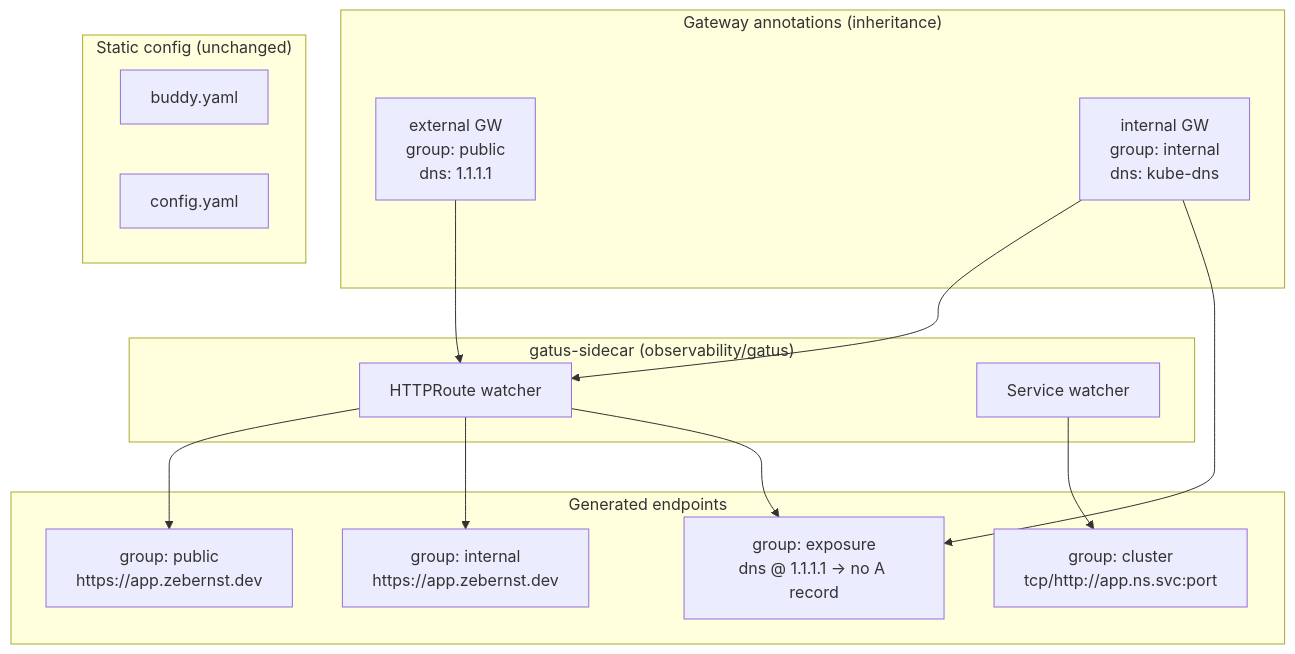
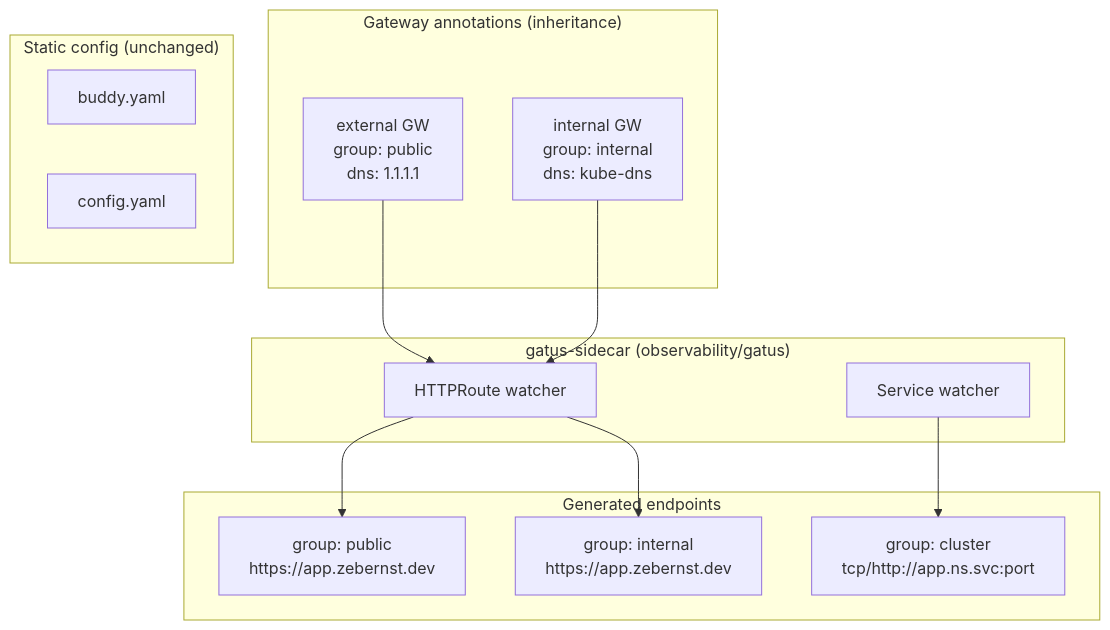
Before and after one commit to zebernst/homelab: the diagram in docs/plans/2026-05-30-001-refactor-gatus-exposure-tiers-plan.md, drawn with Mermaid. The commit also changed other lines of this file, not shown here.

Commit message:
docs(plan): defer DNS exposure guards from Gatus tier model

````diff
--- a/docs/plans/2026-05-30-001-refactor-gatus-exposure-tiers-plan.md
+++ b/docs/plans/2026-05-30-001-refactor-gatus-exposure-tiers-plan.md
@@ -105,32 +76,29 @@
 ```mermaid
 flowchart TB
   subgraph sidecar["gatus-sidecar (observability/gatus)"]
     HR[HTTPRoute watcher]
     SVC[Service watcher]
   end
 
   subgraph gateways["Gateway annotations (inheritance)"]
     EXT["external GW<br/>group: public<br/>dns: 1.1.1.1"]
     INT["internal GW<br/>group: internal<br/>dns: kube-dns"]
   end
 
   subgraph tiers["Generated endpoints"]
     PUB["group: public<br/>https://app.zebernst.dev"]
     LAN["group: internal<br/>https://app.zebernst.dev"]
-    EXP["group: exposure<br/>dns @ 1.1.1.1 → no A record"]
     CLU["group: cluster<br/>tcp/http://app.ns.svc:port"]
   end
 
   EXT --> HR
   INT --> HR
   HR --> PUB
   HR --> LAN
-  INT --> EXP
-  HR --> EXP
   SVC --> CLU
 
   subgraph static["Static config (unchanged)"]
     BUDDY[buddy.yaml]
     CFG[config.yaml]
   end
 ```
````
